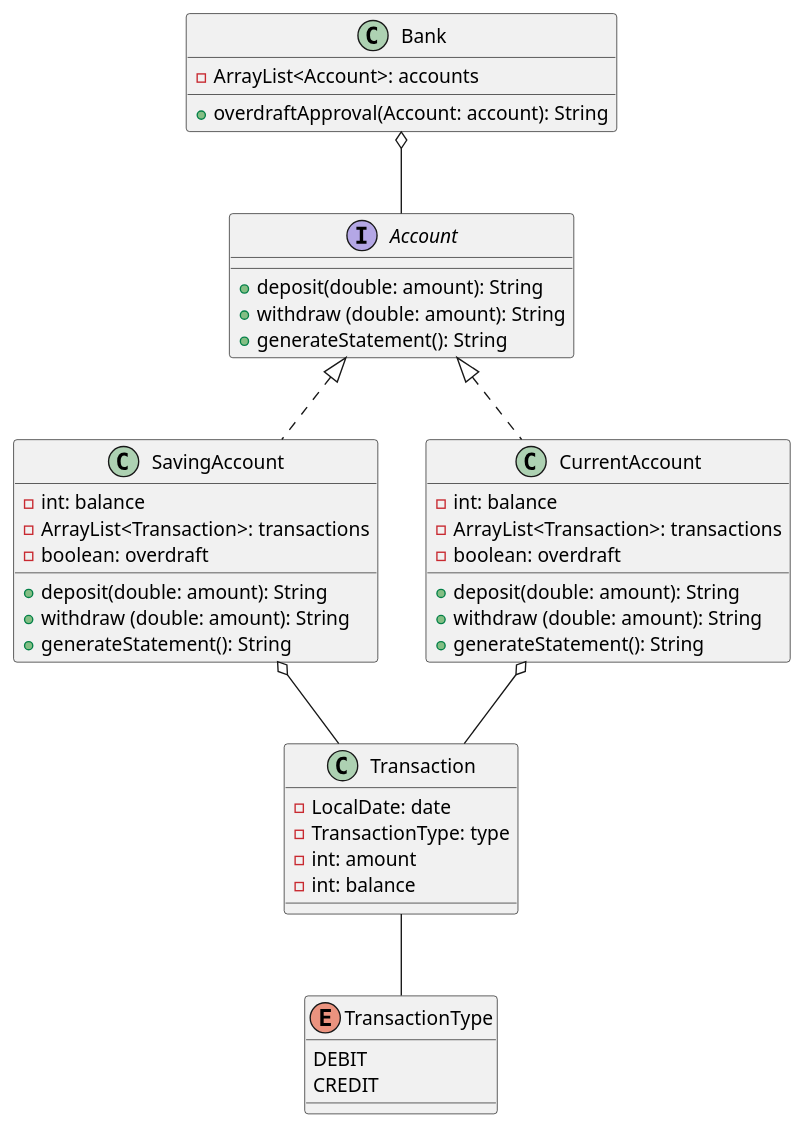
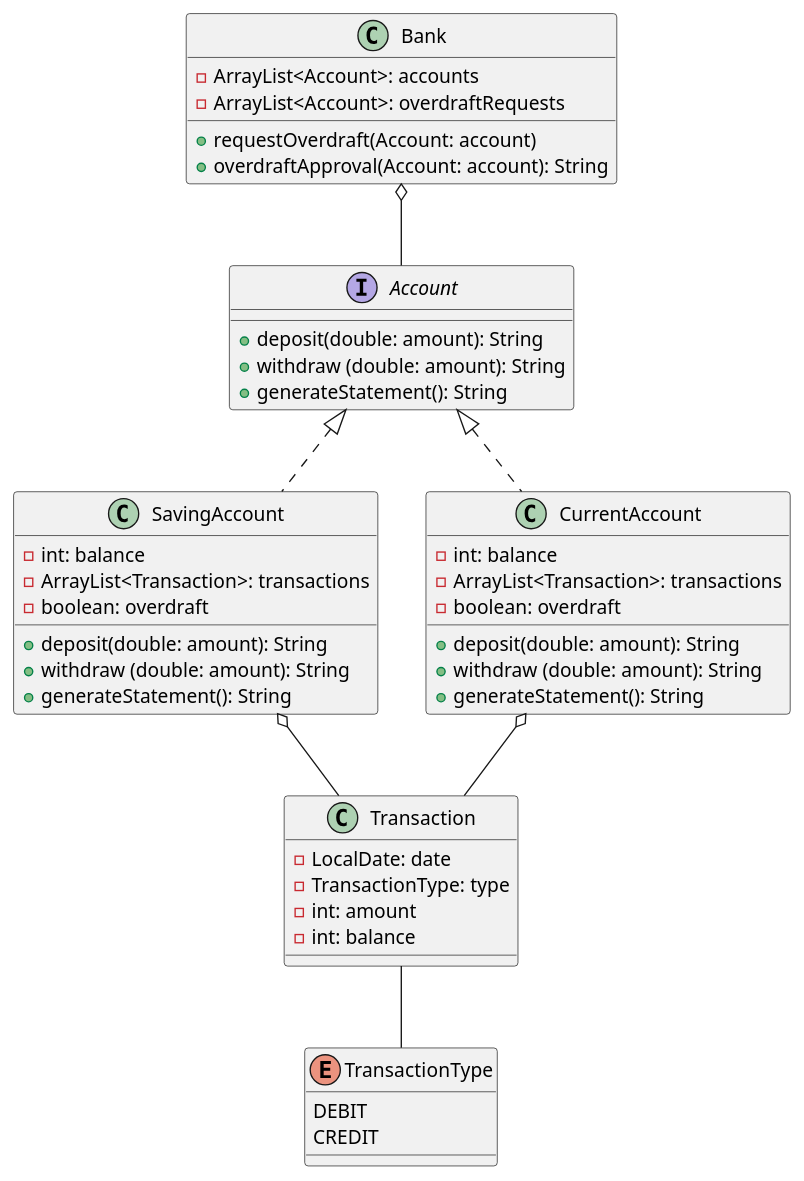
The diagram in CLASS-DIAGRAM.puml (boolean-uk/java-tdd-oop-bank-challenge), drawn with PlantUML before and after one commit. The commit also changed 1 other file, not shown here.

Commit message:
added test for RequestOverdrift

```diff
--- a/CLASS-DIAGRAM.puml
+++ b/CLASS-DIAGRAM.puml
@@ -1,68 +1,70 @@
 @startuml
 'https://plantuml.com/class-diagram
 '
 'abstract class AbstractList
 'abstract AbstractCollection
 'interface List
 'interface Collection
 '
 'List <|-- AbstractList
 'Collection <|-- AbstractCollection
 '
 'Collection <|- List
 'AbstractCollection <|- AbstractList
 'AbstractList <|-- ArrayList
 '
 'class ArrayList {
 'Object[] elementData
 'size()
 '}
 '
 'enum TimeUnit {
 'DAYS
 'HOURS
 'MINUTES
 '}
 Account <|..SavingAccount
 Account <|..CurrentAccount
 Transaction -- TransactionType
 Bank o-- Account
 SavingAccount o-- Transaction
 CurrentAccount o-- Transaction
 
 interface Account{
 + deposit(double: amount): String
 + withdraw (double: amount): String
 + generateStatement(): String
 }
 class SavingAccount{
 - int: balance
 - ArrayList<Transaction>: transactions
 - boolean: overdraft
 + deposit(double: amount): String
 + withdraw (double: amount): String
 + generateStatement(): String
 }
 class CurrentAccount{
 - int: balance
 - ArrayList<Transaction>: transactions
 - boolean: overdraft
 + deposit(double: amount): String
 + withdraw (double: amount): String
 + generateStatement(): String
 }
 class Bank {
 - ArrayList<Account>: accounts
+- ArrayList<Account>: overdraftRequests
++ requestOverdraft(Account: account)
 + overdraftApproval(Account: account): String
 }
 class Transaction{
 - LocalDate: date
 - TransactionType: type
 - int: amount
 - int: balance
 }
 enum TransactionType{
 DEBIT
 CREDIT
 }
 @enduml
```
